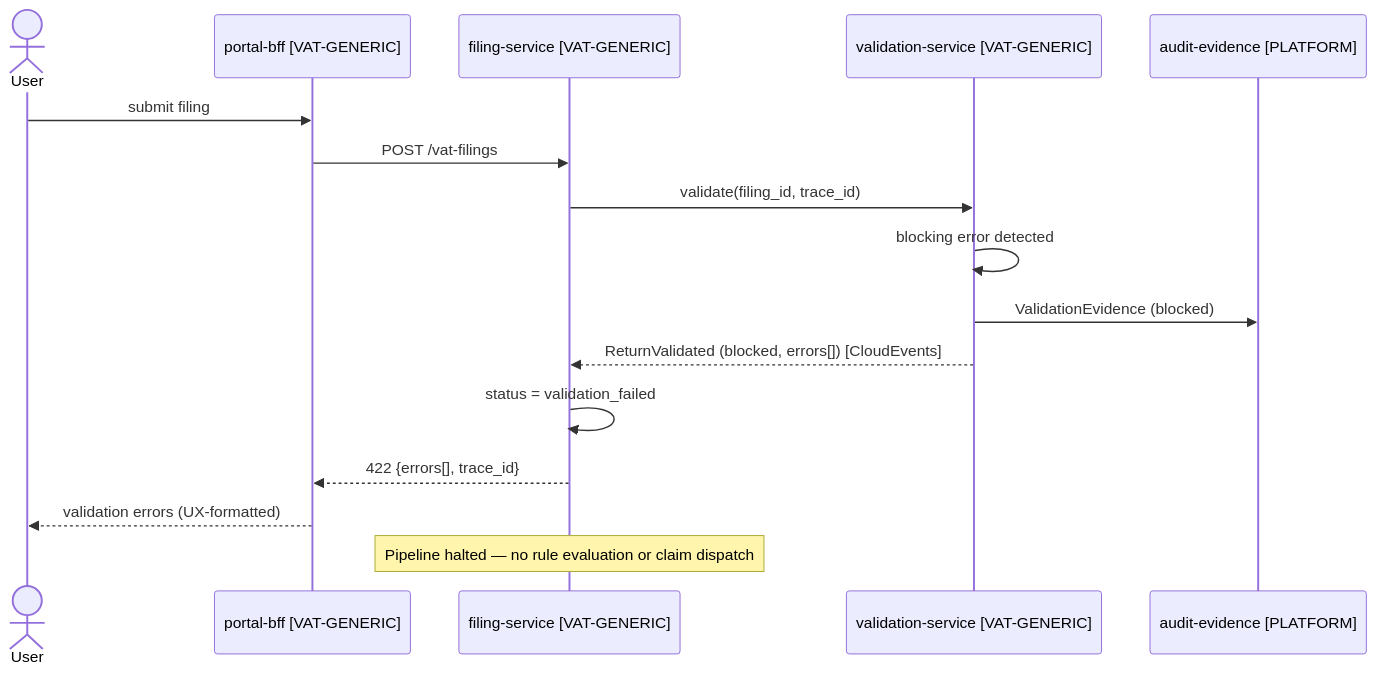
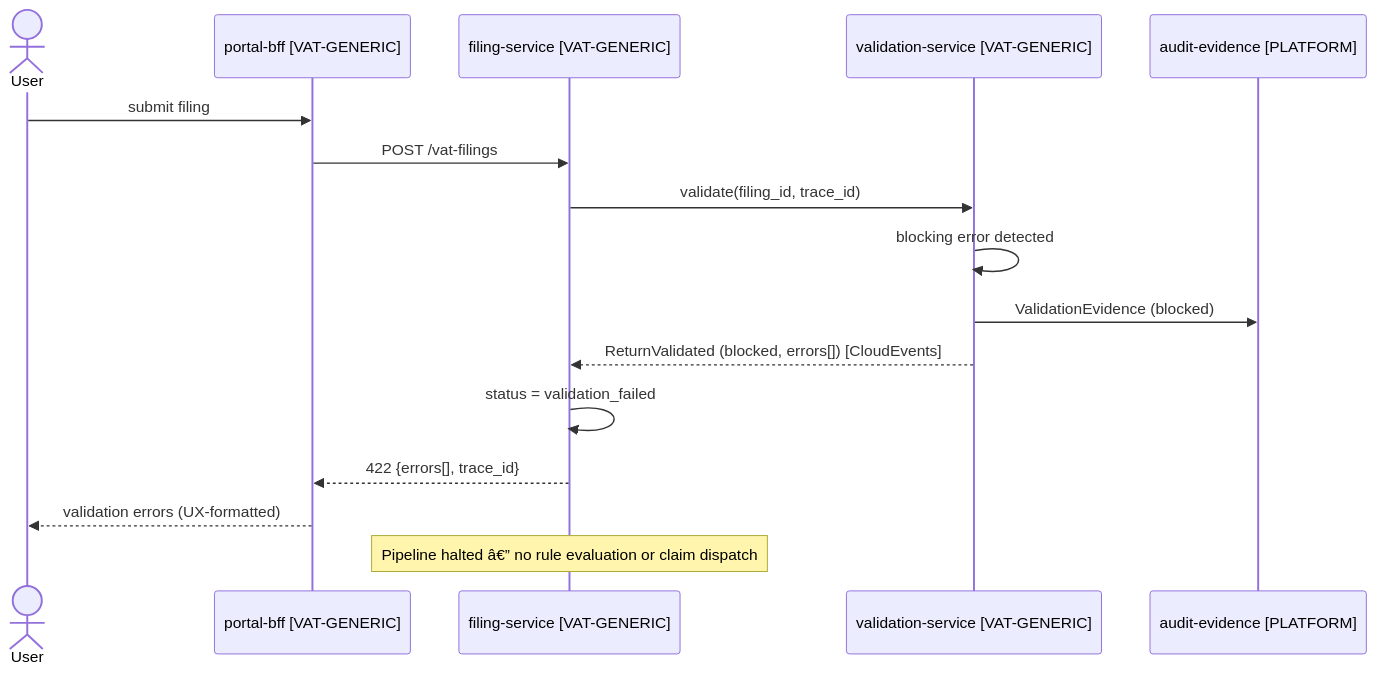
One commit to nc-tbi/VATRI-Codex changed the seventh of 13 diagrams in design/01-vat-filing-assessment-solution-design.md. Above: the diagram before and after it, drawn with Mermaid. The commit also changed other lines of this file and 13 other files, not shown here.

Commit message:
Incorporate latest BA updates and align architecture, traceability, and ViDA step coverage

````diff
--- a/design/01-vat-filing-assessment-solution-design.md
+++ b/design/01-vat-filing-assessment-solution-design.md
@@ -373,19 +373,19 @@
 ```mermaid
 sequenceDiagram
     actor User
     participant BFF as portal-bff [VAT-GENERIC]
     participant FS as filing-service [VAT-GENERIC]
     participant VS as validation-service [VAT-GENERIC]
     participant AE as audit-evidence [PLATFORM]
 
     User->>BFF: submit filing
     BFF->>FS: POST /vat-filings
     FS->>VS: validate(filing_id, trace_id)
     VS->>VS: blocking error detected
     VS->>AE: ValidationEvidence (blocked)
     VS-->>FS: ReturnValidated (blocked, errors[]) [CloudEvents]
     FS->>FS: status = validation_failed
     FS-->>BFF: 422 {errors[], trace_id}
     BFF-->>User: validation errors (UX-formatted)
-    Note over FS: Pipeline halted — no rule evaluation or claim dispatch
+    Note over FS: Pipeline halted â€” no rule evaluation or claim dispatch
 ```
````
